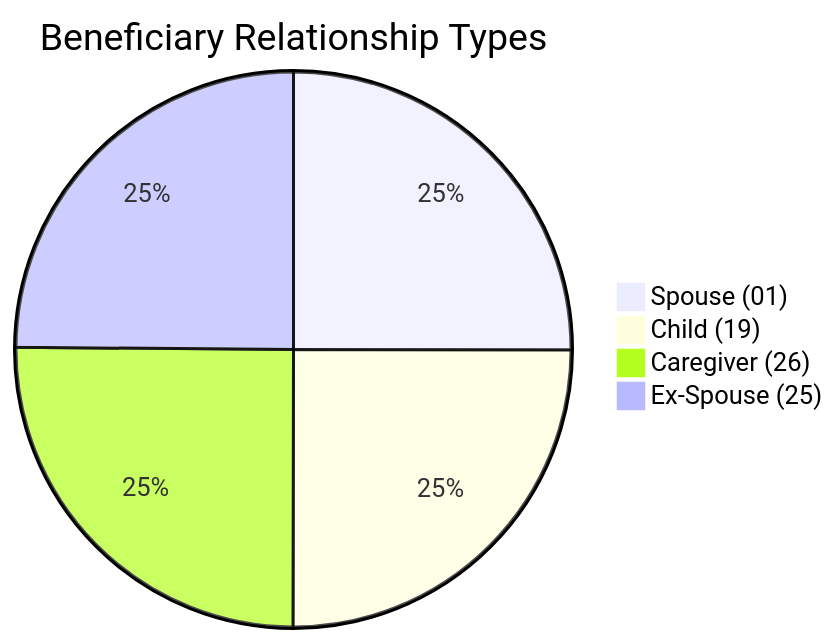
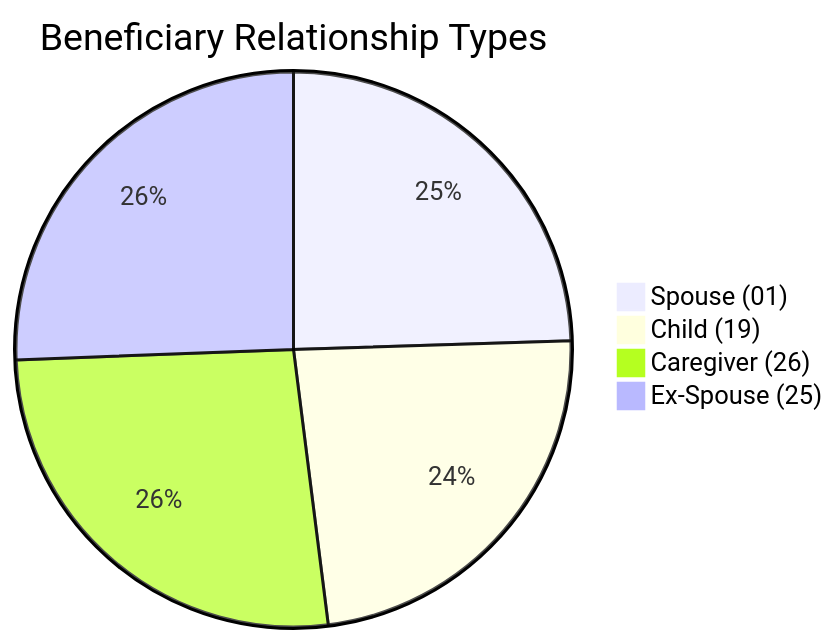
Before and after one commit to dhagan-va/intern-2025: the eighth of 10 diagrams in test-tools/DataGen/src/Statistics_Visualizer.md, drawn with Mermaid. The commit also changed other lines of this file, not shown here.

````diff
--- a/test-tools/DataGen/src/Statistics_Visualizer.md
+++ b/test-tools/DataGen/src/Statistics_Visualizer.md
@@ -86,7 +87,7 @@
 ```mermaid
 pie title Beneficiary Relationship Types
-    "Spouse (01)" : 25029
-    "Child (19)" : 24999
-    "Caregiver (26)" : 25098
-    "Ex-Spouse (25)" : 24874
+    "Spouse (01)" : 245
+    "Child (19)" : 235
+    "Caregiver (26)" : 264
+    "Ex-Spouse (25)" : 256
 ```
````
